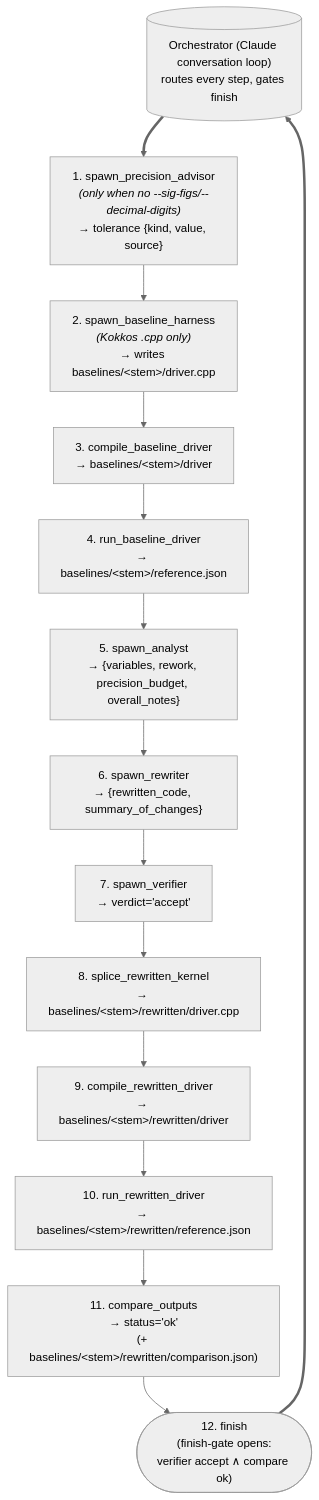
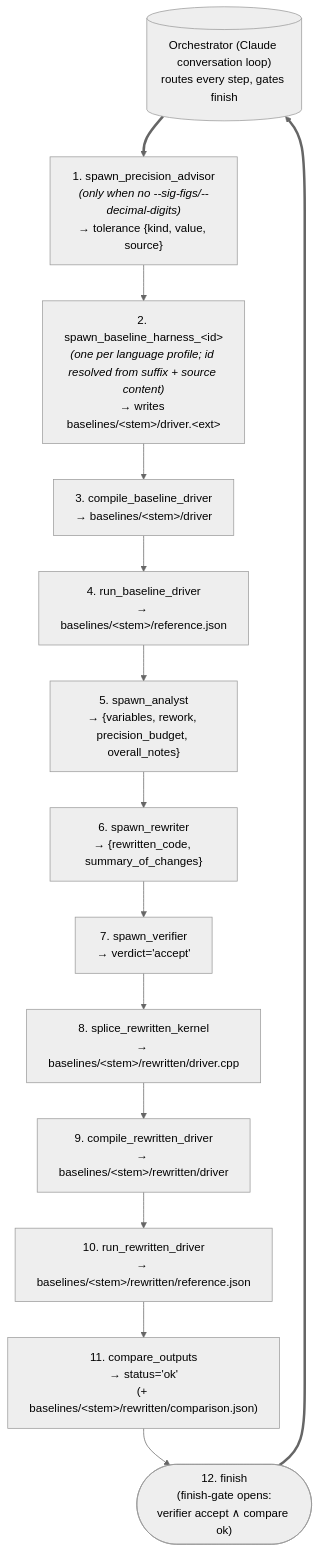
Before and after one commit to kmeag-duck/Agent-Precision: the second of 2 diagrams in flowchart.md, drawn with Mermaid (neutral theme). The commit also changed other lines of this file and 7 other files, not shown here.

````diff
--- a/flowchart.md
+++ b/flowchart.md
@@ -67,21 +67,21 @@
 ```mermaid
 flowchart TD
   Orch[("Orchestrator (Claude conversation loop)<br/>routes every step, gates finish")]
 
   Orch ==> S1
   S1["1. spawn_precision_advisor<br/><i>(only when no --sig-figs/--decimal-digits)</i><br/>→ tolerance {kind, value, source}"]
-  S2["2. spawn_baseline_harness<br/><i>(Kokkos .cpp only)</i><br/>→ writes baselines/&lt;stem&gt;/driver.cpp"]
+  S2["2. spawn_baseline_harness_&lt;id&gt;<br/><i>(one per language profile; id resolved from suffix + source content)</i><br/>→ writes baselines/&lt;stem&gt;/driver.&lt;ext&gt;"]
   S3["3. compile_baseline_driver<br/>→ baselines/&lt;stem&gt;/driver"]
   S4["4. run_baseline_driver<br/>→ baselines/&lt;stem&gt;/reference.json"]
   S5["5. spawn_analyst<br/>→ {variables, rework, precision_budget, overall_notes}"]
   S6["6. spawn_rewriter<br/>→ {rewritten_code, summary_of_changes}"]
   S7["7. spawn_verifier<br/>→ verdict='accept'"]
   S8["8. splice_rewritten_kernel<br/>→ baselines/&lt;stem&gt;/rewritten/driver.cpp"]
   S9["9. compile_rewritten_driver<br/>→ baselines/&lt;stem&gt;/rewritten/driver"]
   S10["10. run_rewritten_driver<br/>→ baselines/&lt;stem&gt;/rewritten/reference.json"]
   S11["11. compare_outputs<br/>→ status='ok'<br/>(+ baselines/&lt;stem&gt;/rewritten/comparison.json)"]
   S12(["12. finish<br/>(finish-gate opens:<br/>verifier accept ∧ compare ok)"])
 
   S1 --> S2 --> S3 --> S4 --> S5 --> S6 --> S7 --> S8 --> S9 --> S10 --> S11 --> S12
   S12 ==> Orch
 ```
````
